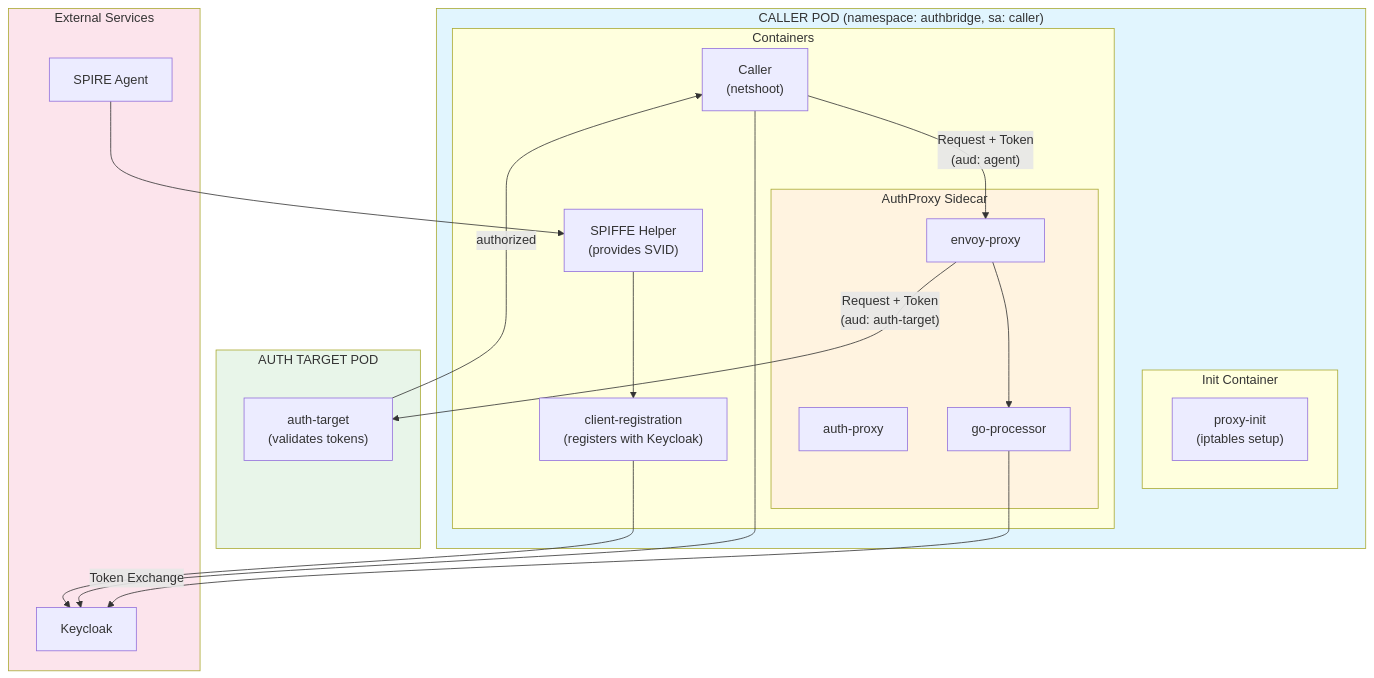
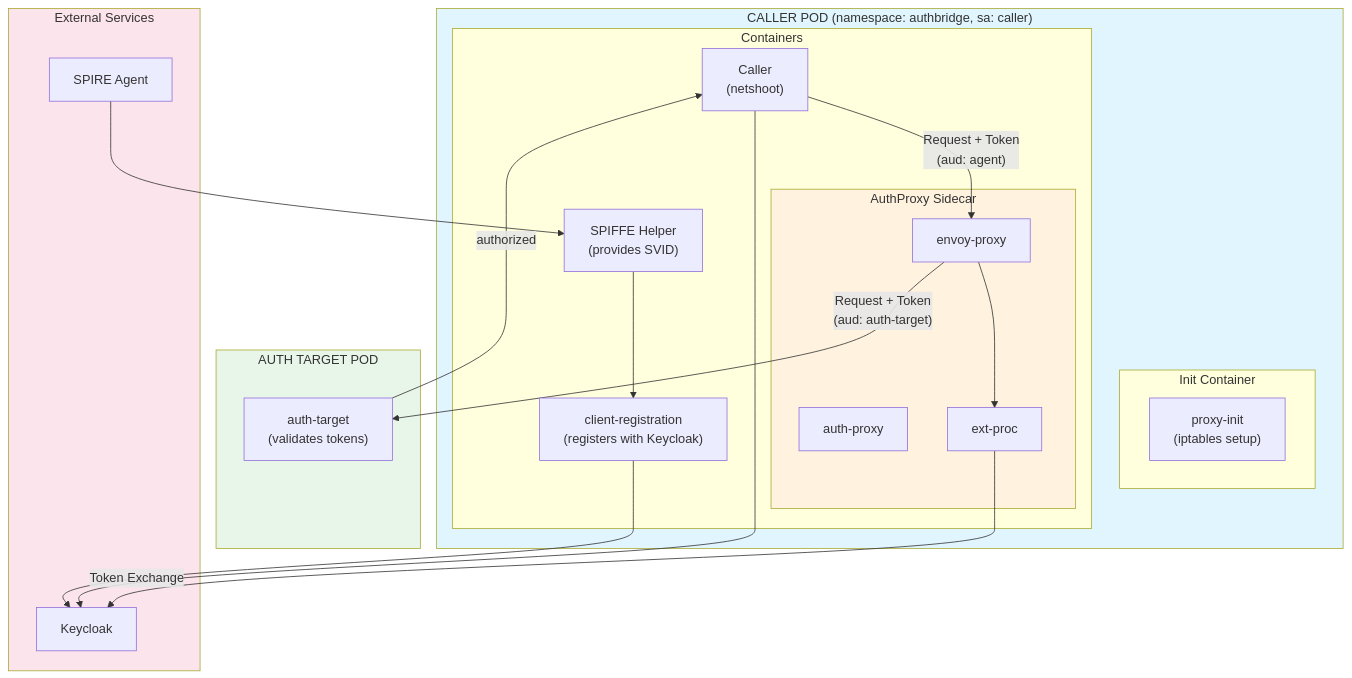
The second of 2 diagrams in AuthBridge/README.md (cwiklik/kagenti-extensions), drawn with Mermaid before and after one commit. The commit also changed other lines of this file and 1 other file, not shown here.

Commit message:
Rename GoProc to ExtProc

````diff
--- a/AuthBridge/README.md
+++ b/AuthBridge/README.md
@@ -184,42 +184,42 @@
 ```mermaid
 flowchart TB
     subgraph CallerPod["CALLER POD (namespace: authbridge, sa: caller)"]
         subgraph Init["Init Container"]
             ProxyInit["proxy-init<br/>(iptables setup)"]
         end
         subgraph Containers["Containers"]
             Caller["Caller<br/>(netshoot)"]
             SpiffeHelper["SPIFFE Helper<br/>(provides SVID)"]
             ClientReg["client-registration<br/>(registers with Keycloak)"]
             subgraph Sidecar["AuthProxy Sidecar"]
                 AuthProxy["auth-proxy"]
                 Envoy["envoy-proxy"]
-                GoProc["go-processor"]
+                ExtProc["ext-proc"]
             end
         end
     end
 
     subgraph TargetPod["AUTH TARGET POD"]
         AuthTarget["auth-target<br/>(validates tokens)"]
     end
 
     subgraph External["External Services"]
         SPIRE["SPIRE Agent"]
         Keycloak["Keycloak"]
     end
 
     SPIRE --> SpiffeHelper
     SpiffeHelper --> ClientReg
     ClientReg --> Keycloak
     Caller --> Keycloak
     Caller -->|"Request + Token<br/>(aud: agent)"| Envoy
-    Envoy --> GoProc
-    GoProc -->|"Token Exchange"| Keycloak
+    Envoy --> ExtProc
+    ExtProc -->|"Token Exchange"| Keycloak
     Envoy -->|"Request + Token<br/>(aud: auth-target)"| AuthTarget
     AuthTarget -->|"authorized"| Caller
 
     style CallerPod fill:#e1f5fe
     style TargetPod fill:#e8f5e9
     style Sidecar fill:#fff3e0
     style External fill:#fce4ec
 ```
````
